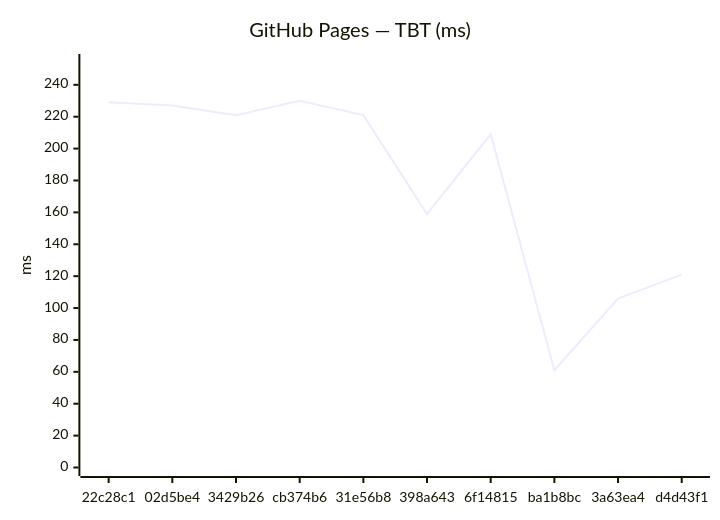
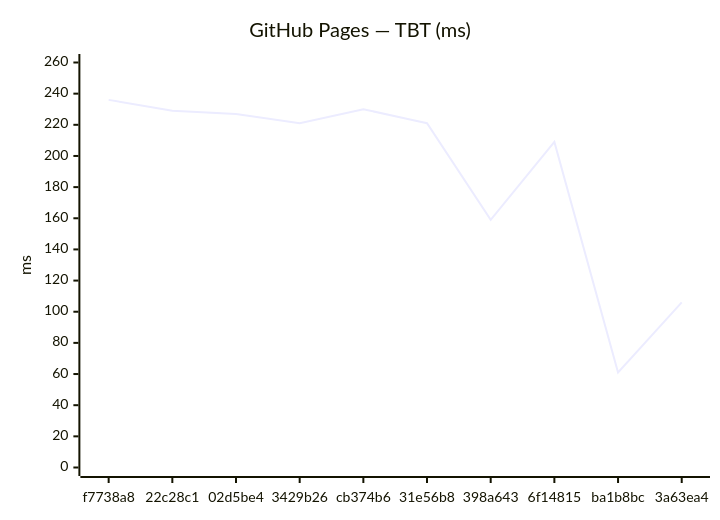
The fourth of 18 diagrams in benchmarks/compare.md (Metaheurist/Rianell), drawn with Mermaid before and after one commit. The commit also changed other lines of this file and 11 other files, not shown here.

````diff
--- a/benchmarks/compare.md
+++ b/benchmarks/compare.md
@@ -61,7 +61,7 @@
 ```mermaid
 xychart-beta
     title "GitHub Pages — TBT (ms)"
-    x-axis ["22c28c1", "02d5be4", "3429b26", "cb374b6", "31e56b8", "398a643", "6f14815", "ba1b8bc", "3a63ea4", "d4d43f1"]
-    y-axis "ms" 0 --> 254
-    line [229, 227, 221, 230, 221, 159, 209, 61, 106, 121]
+    x-axis ["f7738a8", "22c28c1", "02d5be4", "3429b26", "cb374b6", "31e56b8", "398a643", "6f14815", "ba1b8bc", "3a63ea4"]
+    y-axis "ms" 0 --> 260
+    line [236, 229, 227, 221, 230, 221, 159, 209, 61, 106]
 ```
````
